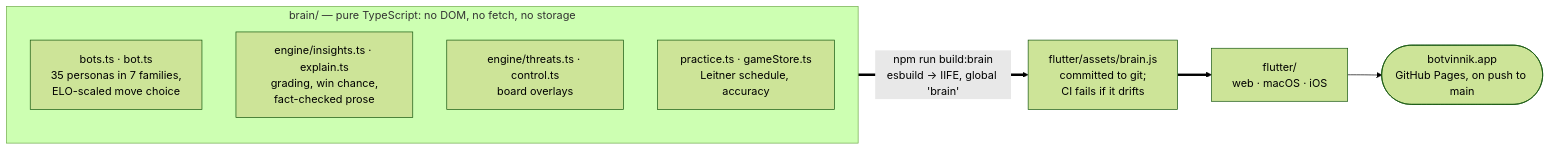
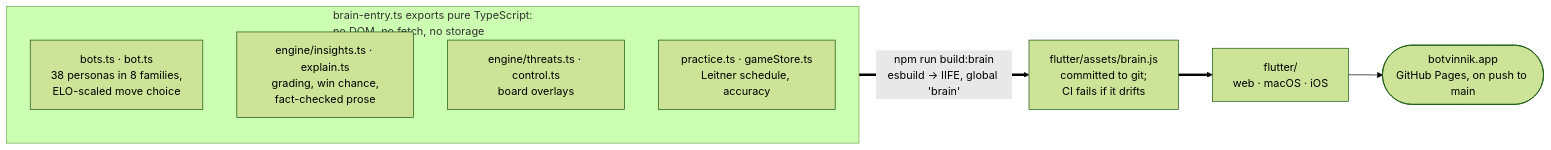
One commit to quadrismegistus/botvinnik changed the diagram in README.md. Above: the diagram before and after it, drawn with Mermaid (forest theme). The commit also changed other lines of this file and 16 other files, not shown here.

````diff
--- a/README.md
+++ b/README.md
@@ -27,13 +105,13 @@
 ```mermaid
 flowchart LR
-    subgraph BRAIN["brain/ — pure TypeScript: no DOM, no fetch, no storage"]
-        R["bots.ts · bot.ts<br/>35 personas in 7 families,<br/>ELO-scaled move choice"]
+    subgraph BRAIN["brain-entry.ts exports pure TypeScript:<br/>no DOM, no fetch, no storage"]
+        R["bots.ts · bot.ts<br/>38 personas in 8 families,<br/>ELO-scaled move choice"]
         G["engine/insights.ts · explain.ts<br/>grading, win chance,<br/>fact-checked prose"]
         O["engine/threats.ts · control.ts<br/>board overlays"]
         P["practice.ts · gameStore.ts<br/>Leitner schedule, accuracy"]
     end
 
     BRAIN ==>|"npm run build:brain<br/>esbuild → IIFE, global 'brain'"| BUNDLE["flutter/assets/brain.js<br/>committed to git;<br/>CI fails if it drifts"]
     BUNDLE ==> FLUTTER["flutter/<br/>web · macOS · iOS"]
     FLUTTER --> WEB(["botvinnik.app<br/>GitHub Pages, on push to main"])
 ```
````
